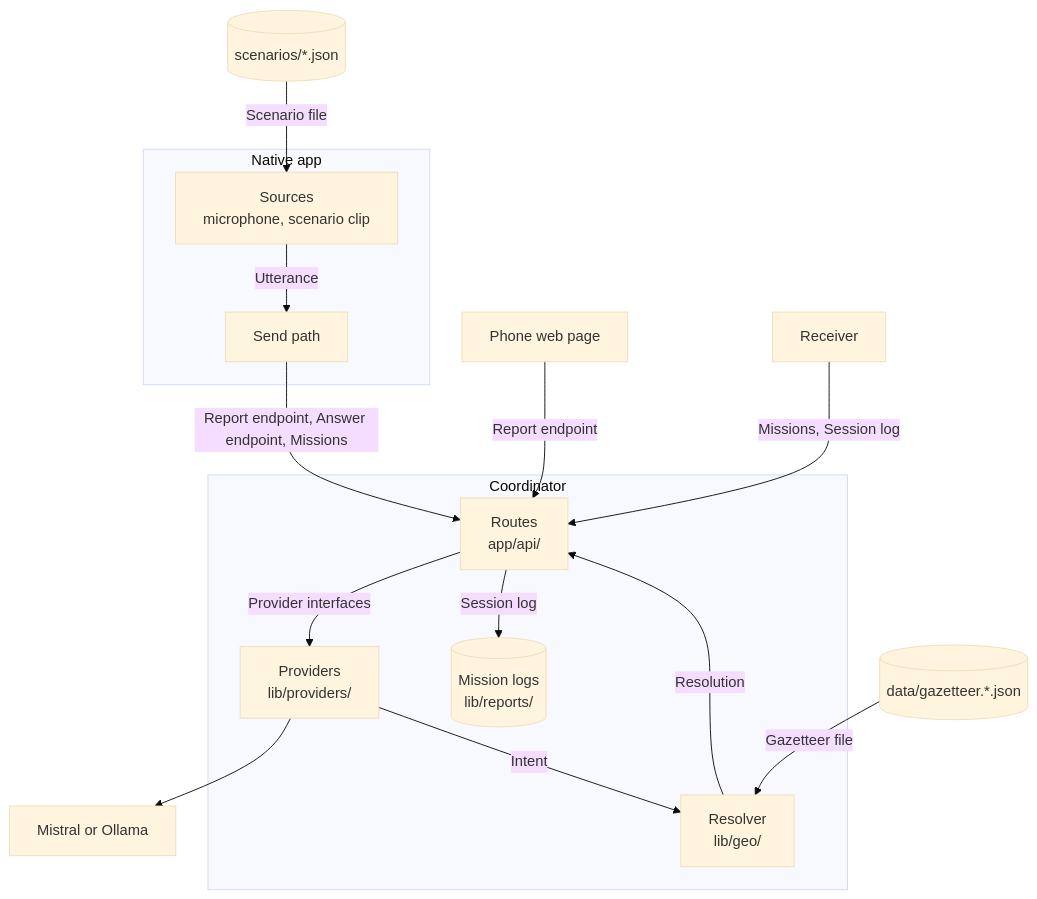
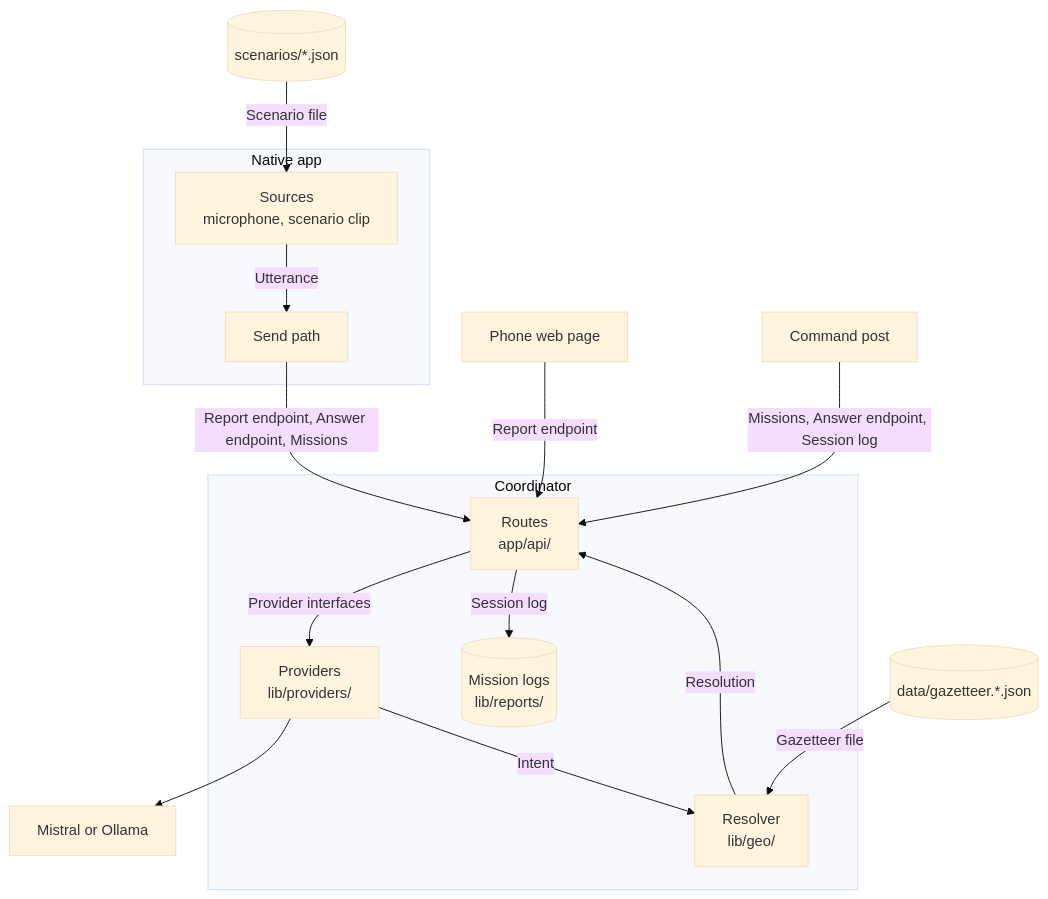
The diagram in docs/contracts.md (adam2765/edth-hackathon), drawn with Mermaid (base theme) before and after one commit. The commit also changed other lines of this file and 45 other files, not shown here.

First line of the commit message:
Command post: place and edit tracks by hand, answer for a unit

````diff
--- a/docs/contracts.md
+++ b/docs/contracts.md
@@ -9,30 +9,30 @@
 ```mermaid
 flowchart TB
     subgraph NAT["Native app"]
         SRC["Sources<br/>microphone, scenario clip"] -- "Utterance" --> SEND["Send path"]
     end
     WEB["Phone web page"]
-    RX["Receiver"]
+    RX["Command post"]
 
     subgraph CO["Coordinator"]
         ROUTES["Routes<br/>app/api/"]
         PROV["Providers<br/>lib/providers/"]
         RES["Resolver<br/>lib/geo/"]
         LOG[("Mission logs<br/>lib/reports/")]
     end
 
     MODELS["Mistral or Ollama"]
     GAZ[("data/gazetteer.*.json")]
     SCN[("scenarios/*.json")]
 
     SEND -- "Report endpoint, Answer endpoint, Missions" --> ROUTES
     WEB -- "Report endpoint" --> ROUTES
-    RX -- "Missions, Session log" --> ROUTES
+    RX -- "Missions, Answer endpoint, Session log" --> ROUTES
     ROUTES -- "Provider interfaces" --> PROV
     PROV --> MODELS
     PROV -- "Intent" --> RES
     RES -- "Resolution" --> ROUTES
     GAZ -- "Gazetteer file" --> RES
     ROUTES -- "Session log" --> LOG
     SCN -- "Scenario file" --> SRC
 ```
````
